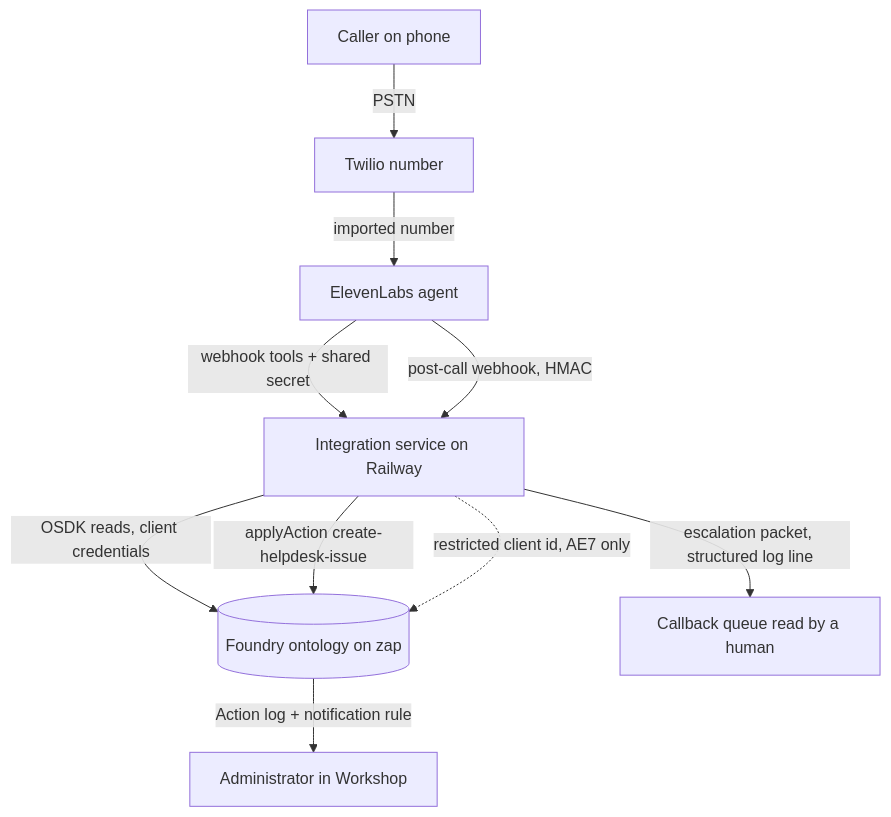
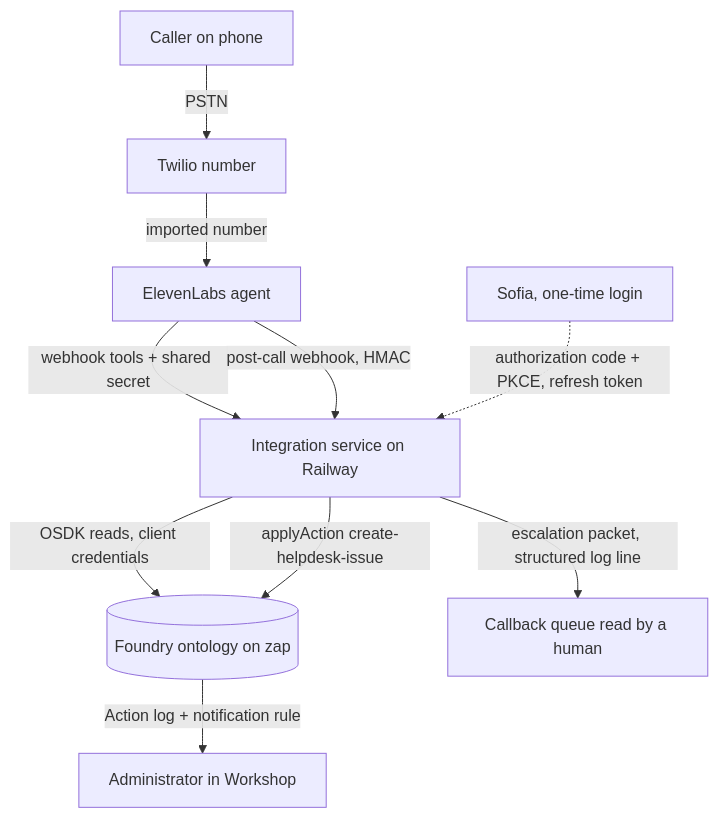
Before and after one commit to sofiaachang/foundry-helpdesk: the first of 4 diagrams in docs/plans/2026-09-09-001-feat-voice-helpdesk-foundry-plan.md, drawn with Mermaid. The commit also changed other lines of this file and 4 other files, not shown here.

First line of the commit message:
docs: switch the Foundry identity design to a public client with delegated user login (G1 finding)

````diff
--- a/docs/plans/2026-09-09-001-feat-voice-helpdesk-foundry-plan.md
+++ b/docs/plans/2026-09-09-001-feat-voice-helpdesk-foundry-plan.md
@@ -213,12 +214,12 @@
 ```mermaid
 flowchart TB
   Caller[Caller on phone] -->|PSTN| Twilio[Twilio number]
   Twilio -->|imported number| Agent[ElevenLabs agent]
   Agent -->|webhook tools + shared secret| Svc[Integration service on Railway]
   Agent -->|post-call webhook, HMAC| Svc
   Svc -->|OSDK reads, client credentials| Foundry[(Foundry ontology on zap)]
   Svc -->|applyAction create-helpdesk-issue| Foundry
-  Svc -.->|restricted client id, AE7 only| Foundry
+  Human[Sofia, one-time login] -.->|authorization code + PKCE, refresh token| Svc
   Foundry -->|Action log + notification rule| Admin[Administrator in Workshop]
   Svc -->|escalation packet, structured log line| Callback[Callback queue read by a human]
 ```
````
